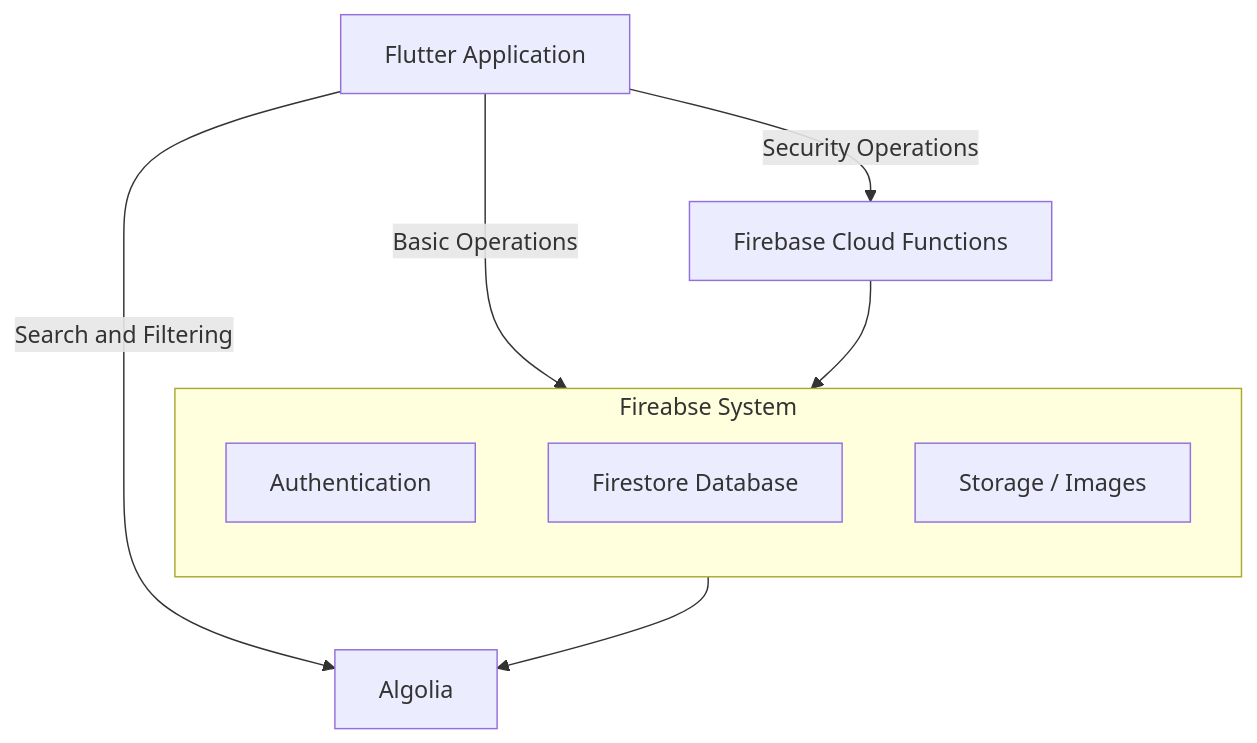
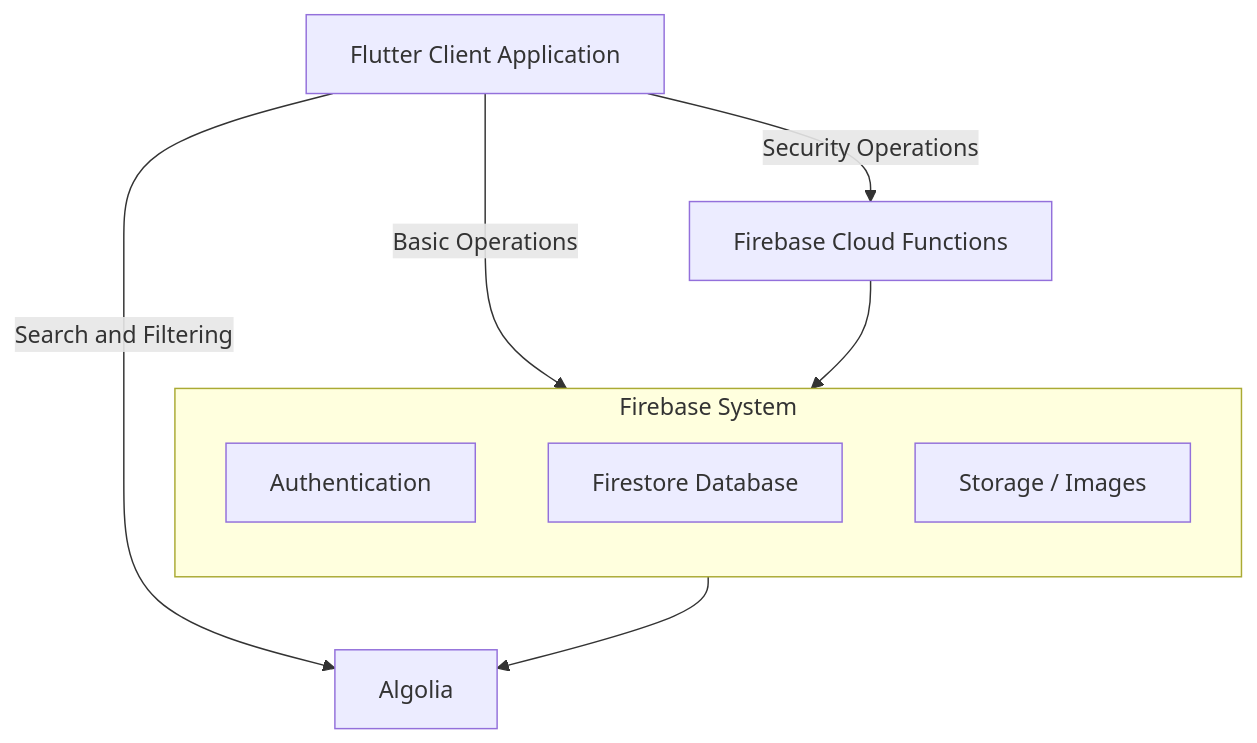
One commit to Bogdanmitrovic/flashcards-public changed the first of 4 diagrams in README.md. Above: the diagram before and after it, drawn with Mermaid. The commit also changed other lines of this file, not shown here.

````diff
--- a/README.md
+++ b/README.md
@@ -43,20 +53,20 @@
 ```mermaid
 graph TB
-    APP[Flutter Application]
+    APP[Flutter Client Application]
     APP -->|Security Operations| CF[Firebase Cloud Functions]
 
 
-    subgraph FB[Fireabse System]
+    subgraph FB[Firebase System]
         direction TB
         AUTH[Authentication]
         DB[Firestore Database]
         STORAGE[Storage / Images]
     end
 
     APP -->|Basic Operations| FB
     CF --> FB
     
     APP -->|Search and Filtering| ALG[Algolia]
     FB --> ALG
 
 ```
````
